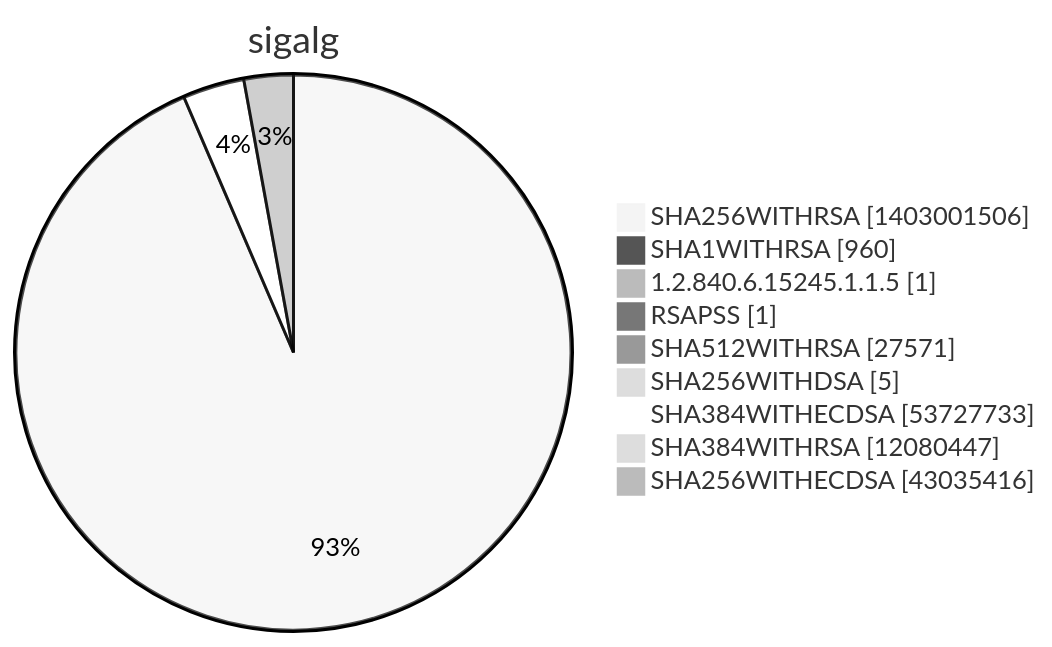
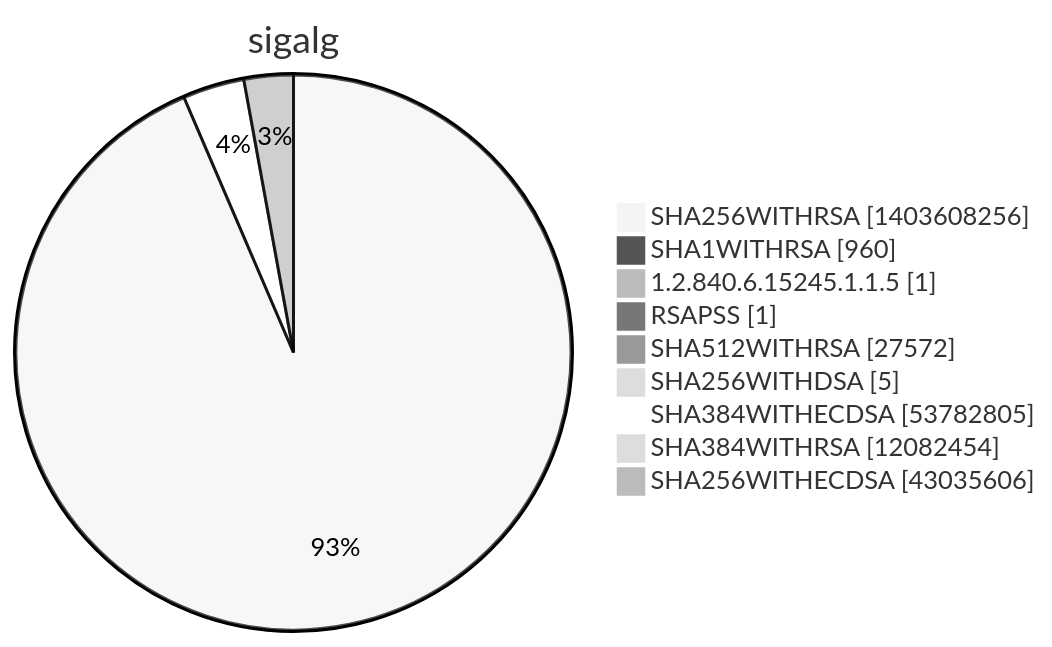
One commit to christiankrug/ctmonitor_visualization changed diagram 15 of 15 in argon2022/README.md. Above: the diagram before and after it, drawn with Mermaid (neutral theme). The commit also changed other lines of this file, not shown here.

````diff
--- a/argon2022/README.md
+++ b/argon2022/README.md
@@ -5524,13 +5524,13 @@
 ```mermaid
 pie showData
 title sigalg
-"SHA256WITHRSA" :1403001506
+"SHA256WITHRSA" :1403608256
 "SHA1WITHRSA" :960
 "1.2.840.6.15245.1.1.5" :1
 "RSAPSS" :1
-"SHA512WITHRSA" :27571
+"SHA512WITHRSA" :27572
 "SHA256WITHDSA" :5
-"SHA384WITHECDSA" :53727733
-"SHA384WITHRSA" :12080447
-"SHA256WITHECDSA" :43035416
+"SHA384WITHECDSA" :53782805
+"SHA384WITHRSA" :12082454
+"SHA256WITHECDSA" :43035606
 ```
````
